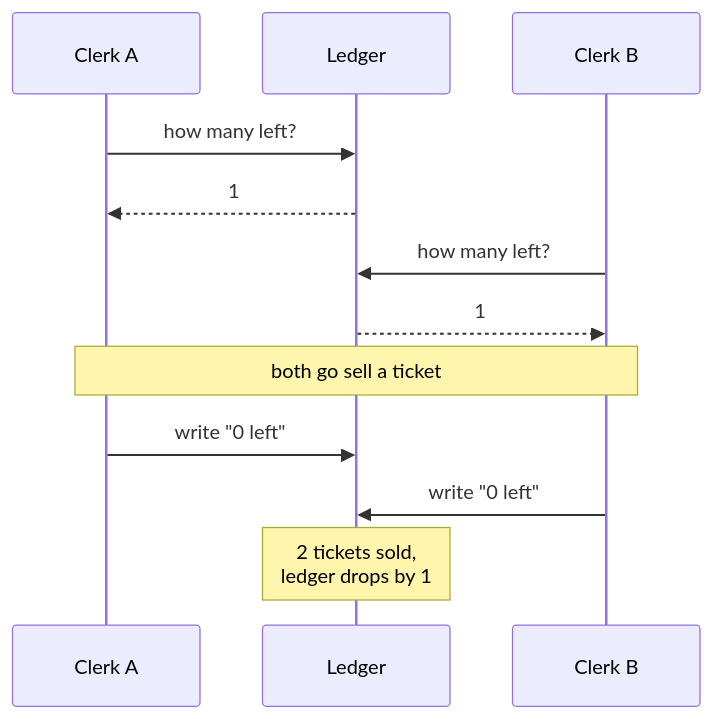
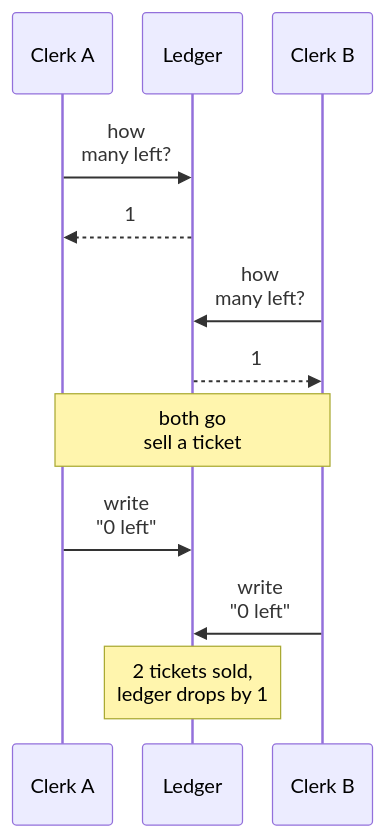
One commit to duongbui234/software-engineering-atlas changed the diagram in content/en/posts/2026-11-22-transactions-race.md. Above: the diagram before and after it, drawn with Mermaid. The commit also changed 134 other files, not shown here.

First line of the commit message:
Fit every Mermaid diagram at 390px without sideways scroll (#56)

````diff
--- a/content/en/posts/2026-11-22-transactions-race.md
+++ b/content/en/posts/2026-11-22-transactions-race.md
@@ -45,14 +45,15 @@
 ```mermaid
+%%{init: {"sequence": {"width": 80, "actorMargin": 12}}}%%
 sequenceDiagram
     participant A as Clerk A
     participant S as Ledger
     participant B as Clerk B
-    A->>S: how many left?
+    A->>S: how<br/>many left?
     S-->>A: 1
-    B->>S: how many left?
+    B->>S: how<br/>many left?
     S-->>B: 1
-    Note over A,B: both go sell a ticket
-    A->>S: write "0 left"
-    B->>S: write "0 left"
+    Note over A,B: both go<br/>sell a ticket
+    A->>S: write<br/>"0 left"
+    B->>S: write<br/>"0 left"
     Note over S: 2 tickets sold,<br/>ledger drops by 1
 ```
````
